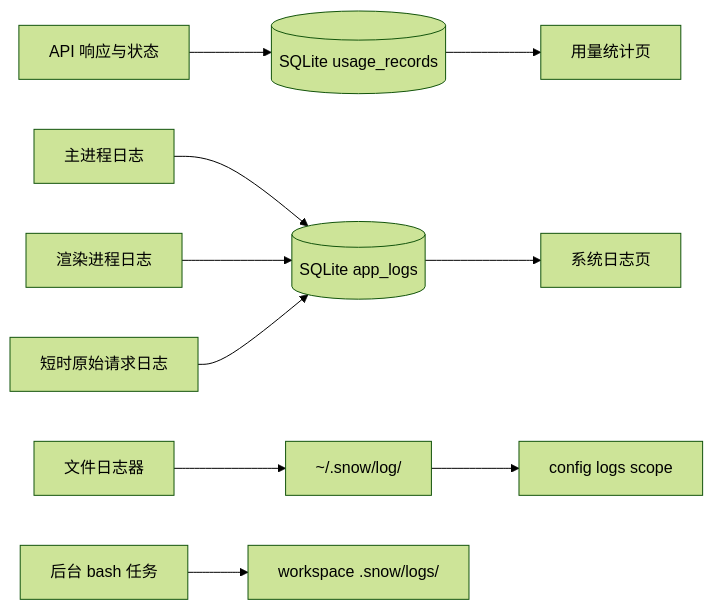
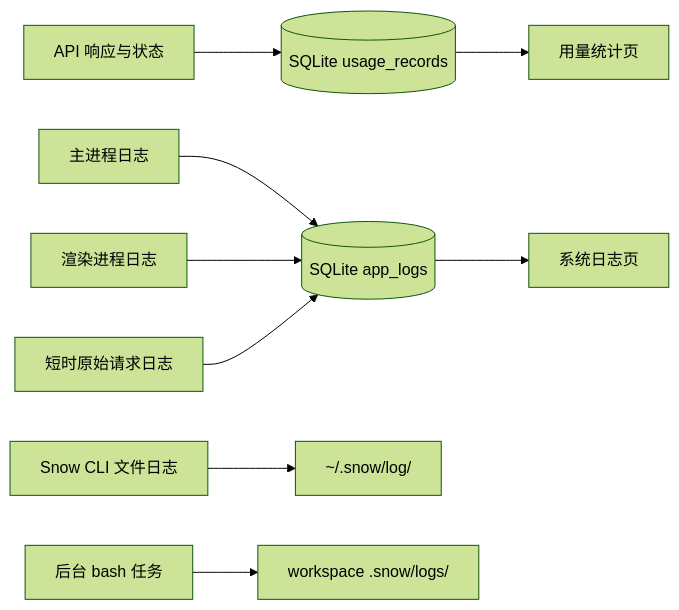
One commit to BaSui01/snow-app changed the diagram in docs/zh-CN/2-使用指南/20-用量统计与系统日志.md. Above: the diagram before and after it, drawn with Mermaid (forest theme). The commit also changed other lines of this file and 22 other files, not shown here.

````diff
--- a/docs/zh-CN/2-使用指南/20-用量统计与系统日志.md
+++ b/docs/zh-CN/2-使用指南/20-用量统计与系统日志.md
@@ -7,12 +7,11 @@
 ```mermaid
 flowchart LR
     API[API 响应与状态] --> U[(SQLite usage_records)]
     U --> US[用量统计页]
     M[主进程日志] --> L[(SQLite app_logs)]
     R[渲染进程日志] --> L
     Q[短时原始请求日志] --> L
     L --> LS[系统日志页]
-    F[文件日志器] --> D[~/.snow/log/]
-    D --> CFG[config logs scope]
+    F[Snow CLI 文件日志] --> D[~/.snow/log/]
     B[后台 bash 任务] --> W[workspace .snow/logs/]
 ```
````
